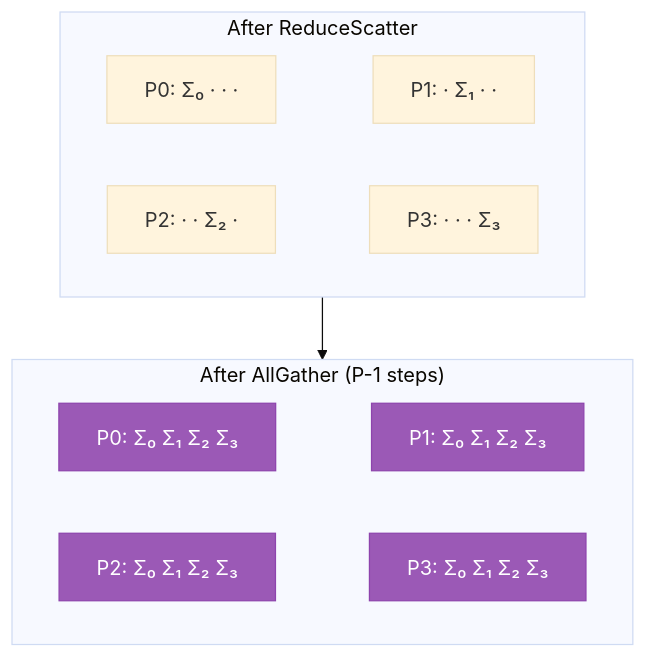
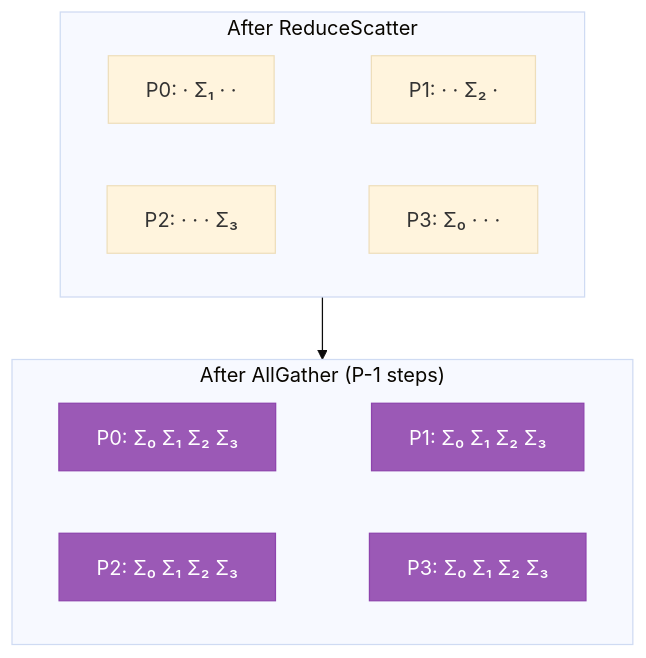
Before and after one commit to ttsugriy/distributed-training-book: the third of 4 diagrams in docs/collectives/12-ring-tree-algorithms.md, drawn with Mermaid (base theme). The commit also changed other lines of this file, not shown here.

````diff
--- a/docs/collectives/12-ring-tree-algorithms.md
+++ b/docs/collectives/12-ring-tree-algorithms.md
@@ -238,21 +250,21 @@
 ```mermaid
 flowchart TB
     subgraph before["After ReduceScatter"]
         direction LR
-        A1["P0: Σ₀ · · ·"] ~~~ B1["P1: · Σ₁ · ·"]
-        C1["P2: · · Σ₂ ·"] ~~~ D1["P3: · · · Σ₃"]
+        A1["P0: · Σ₁ · ·"] ~~~ B1["P1: · · Σ₂ ·"]
+        C1["P2: · · · Σ₃"] ~~~ D1["P3: Σ₀ · · ·"]
     end
 
     subgraph after["After AllGather (P-1 steps)"]
         direction LR
         A2["P0: Σ₀ Σ₁ Σ₂ Σ₃"] ~~~ B2["P1: Σ₀ Σ₁ Σ₂ Σ₃"]
         C2["P2: Σ₀ Σ₁ Σ₂ Σ₃"] ~~~ D2["P3: Σ₀ Σ₁ Σ₂ Σ₃"]
     end
 
     before --> after
 
     style A2 fill:#9b59b6,stroke:#8e44ad,color:white
     style B2 fill:#9b59b6,stroke:#8e44ad,color:white
     style C2 fill:#9b59b6,stroke:#8e44ad,color:white
     style D2 fill:#9b59b6,stroke:#8e44ad,color:white
 ```
````
